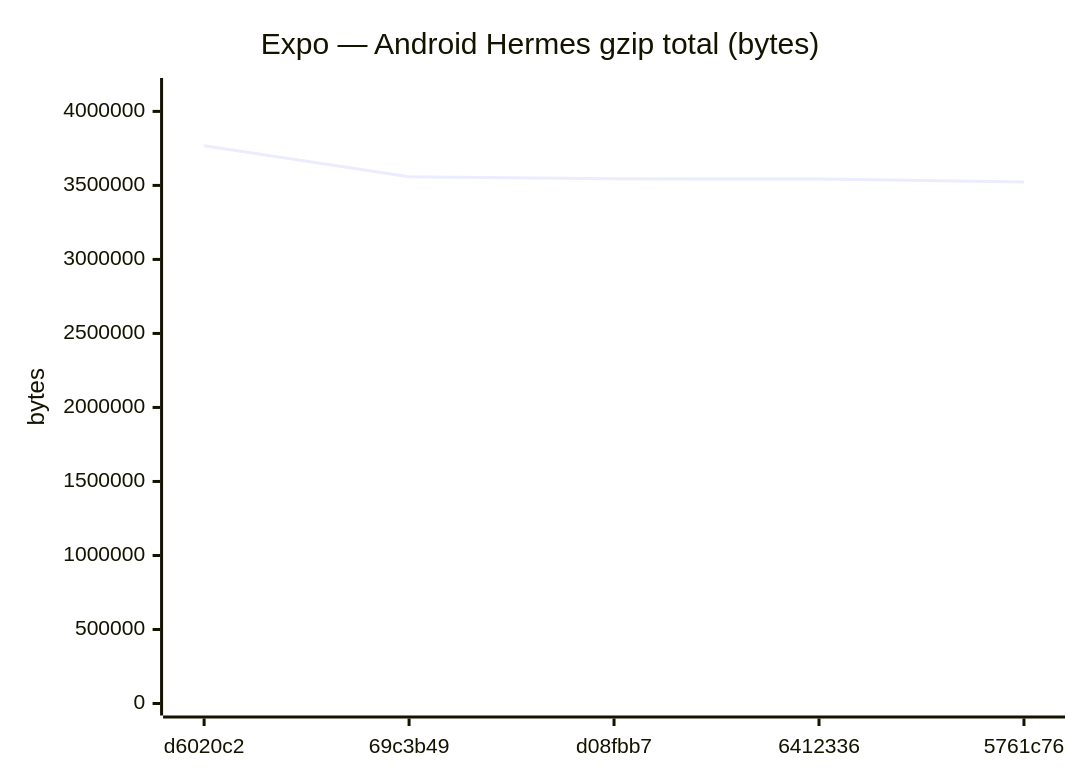
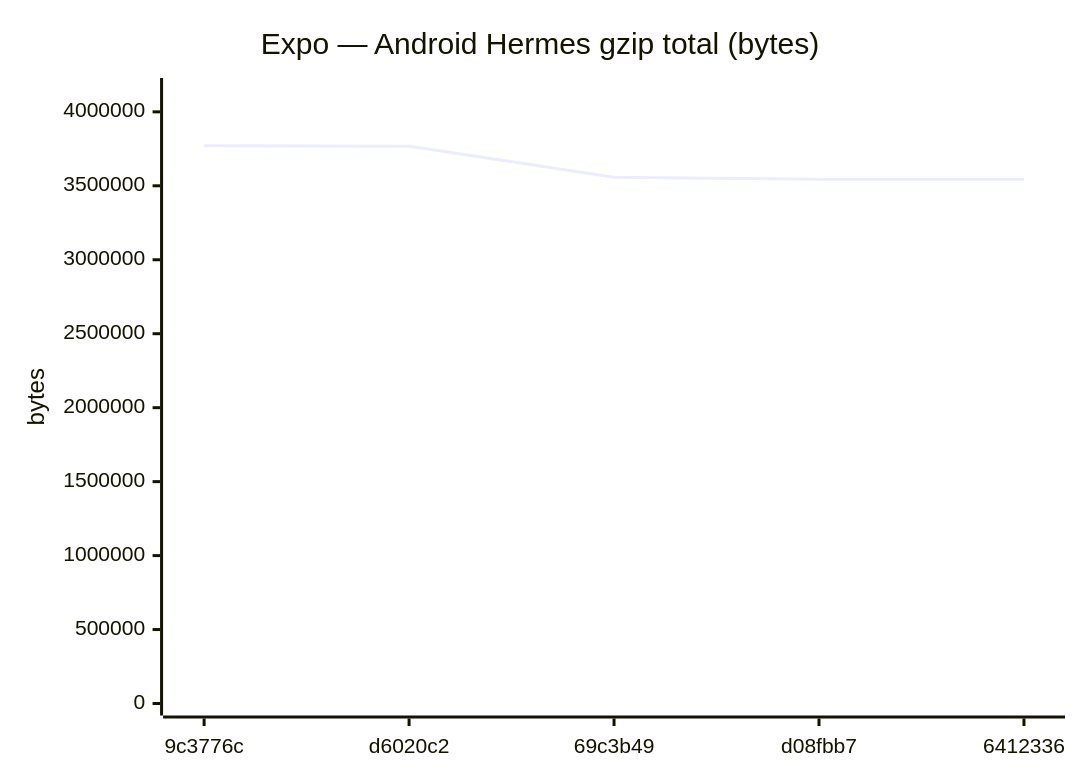
One commit to Metaheurist/Rianell changed diagram 11 of 18 in benchmarks/compare.md. Above: the diagram before and after it, drawn with Mermaid. The commit also changed other lines of this file and 11 other files, not shown here.

````diff
--- a/benchmarks/compare.md
+++ b/benchmarks/compare.md
@@ -172,7 +172,7 @@
 ```mermaid
 xychart-beta
     title "Expo — Android Hermes gzip total (bytes)"
-    x-axis ["d6020c2", "69c3b49", "d08fbb7", "6412336", "5761c76"]
-    y-axis "bytes" 0 --> 4144594
-    line [3767812, 3557908, 3544463, 3543472, 3523541]
+    x-axis ["9c3776c", "d6020c2", "69c3b49", "d08fbb7", "6412336"]
+    y-axis "bytes" 0 --> 4147698
+    line [3770634, 3767812, 3557908, 3544463, 3543472]
 ```
````
